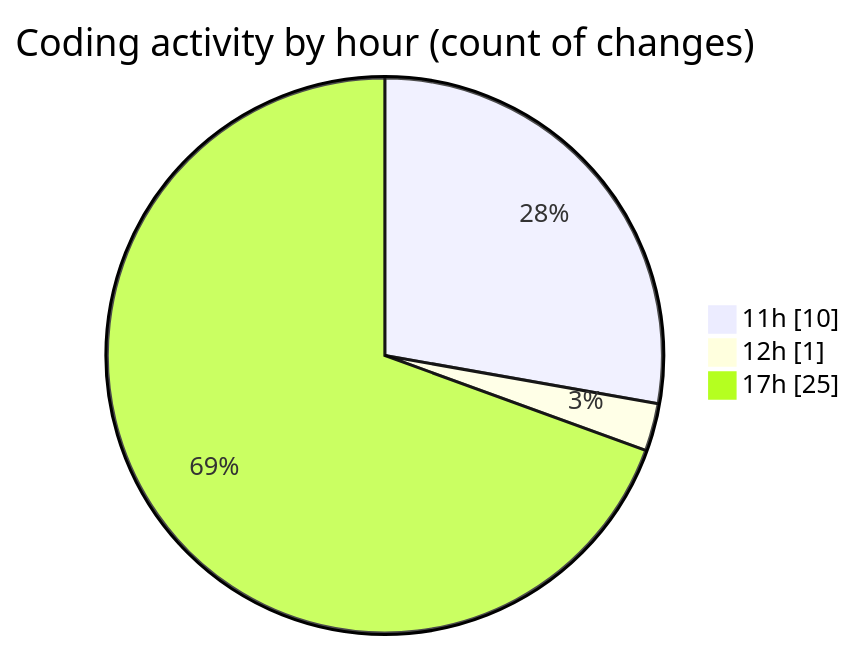
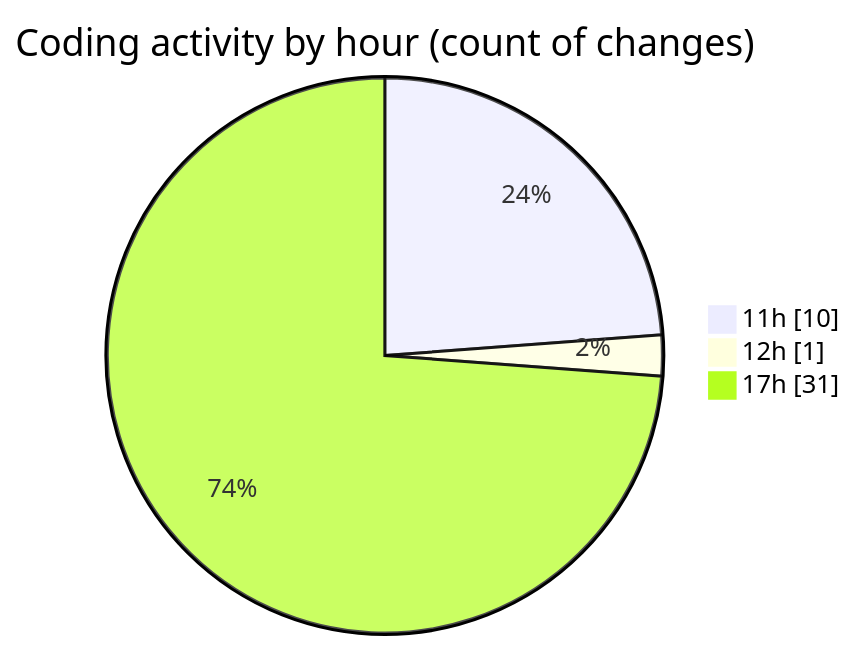
One commit to nxtqubesakshisongat/code-tracking changed the second of 2 diagrams in 2025-06-19/nxtqube_webapp/README.md. Above: the diagram before and after it, drawn with Mermaid. The commit also changed other lines of this file and 1 other file, not shown here.

````diff
--- a/2025-06-19/nxtqube_webapp/README.md
+++ b/2025-06-19/nxtqube_webapp/README.md
@@ -34,7 +34,7 @@
 ```mermaid
 pie showData
 title Coding activity by hour (count of changes)
 "11h" : 10
 "12h" : 1
-"17h" : 25
+"17h" : 31
 ```
````
